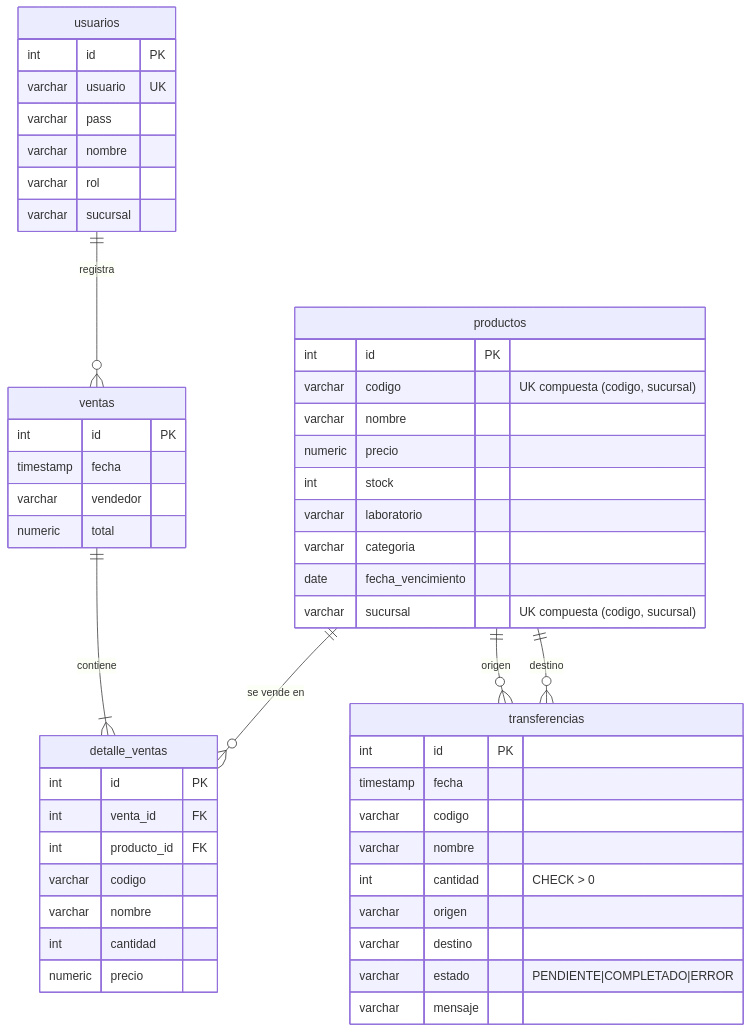
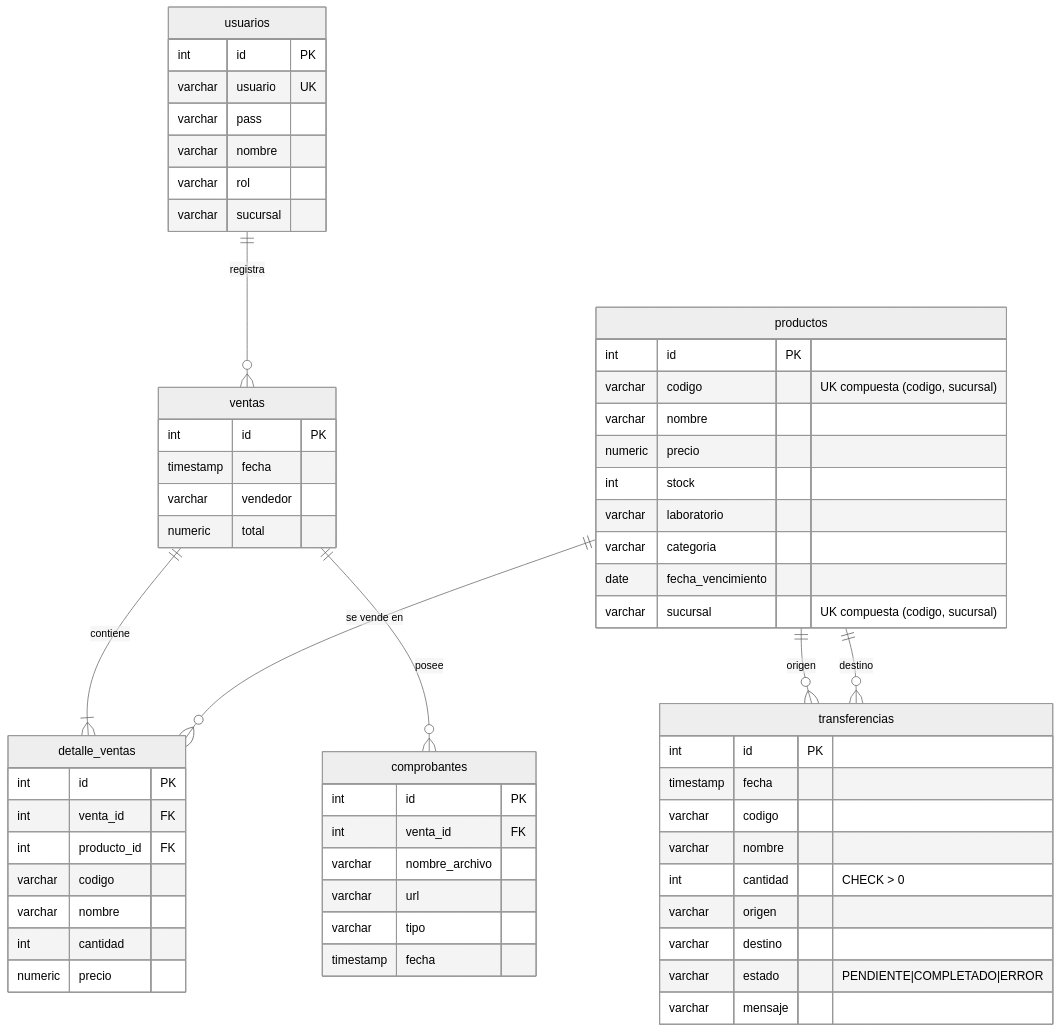
The second of 5 diagrams in ARQUITECTURA.md (Mirkof13/evaluaci-n-h4-grupal), drawn with Mermaid before and after one commit. The commit also changed other lines of this file and 7 other files, not shown here.

````diff
--- a/ARQUITECTURA.md
+++ b/ARQUITECTURA.md
@@ -51,58 +69,69 @@
 ```mermaid
+%%{init: {'theme': 'neutral'}}%%
 erDiagram
     usuarios ||--o{ ventas : "registra"
     ventas ||--|{ detalle_ventas : "contiene"
     productos ||--o{ detalle_ventas : "se vende en"
     productos ||--o{ transferencias : "origen"
     productos ||--o{ transferencias : "destino"
+    ventas ||--o{ comprobantes : "posee"
 
     usuarios {
         int id PK
         varchar usuario UK
         varchar pass
         varchar nombre
         varchar rol
         varchar sucursal
     }
 
     productos {
         int id PK
         varchar codigo "UK compuesta (codigo, sucursal)"
         varchar nombre
         numeric precio
         int stock
         varchar laboratorio
         varchar categoria
         date fecha_vencimiento
         varchar sucursal "UK compuesta (codigo, sucursal)"
     }
 
     ventas {
         int id PK
         timestamp fecha
         varchar vendedor
         numeric total
     }
 
     detalle_ventas {
         int id PK
         int venta_id FK
         int producto_id FK
         varchar codigo
         varchar nombre
         int cantidad
         numeric precio
     }
 
     transferencias {
         int id PK
         timestamp fecha
         varchar codigo
         varchar nombre
         int cantidad "CHECK > 0"
         varchar origen
         varchar destino
         varchar estado "PENDIENTE|COMPLETADO|ERROR"
         varchar mensaje
     }
+
+    comprobantes {
+        int id PK
+        int venta_id FK
+        varchar nombre_archivo
+        varchar url
+        varchar tipo
+        timestamp fecha
+    }
 ```
````
